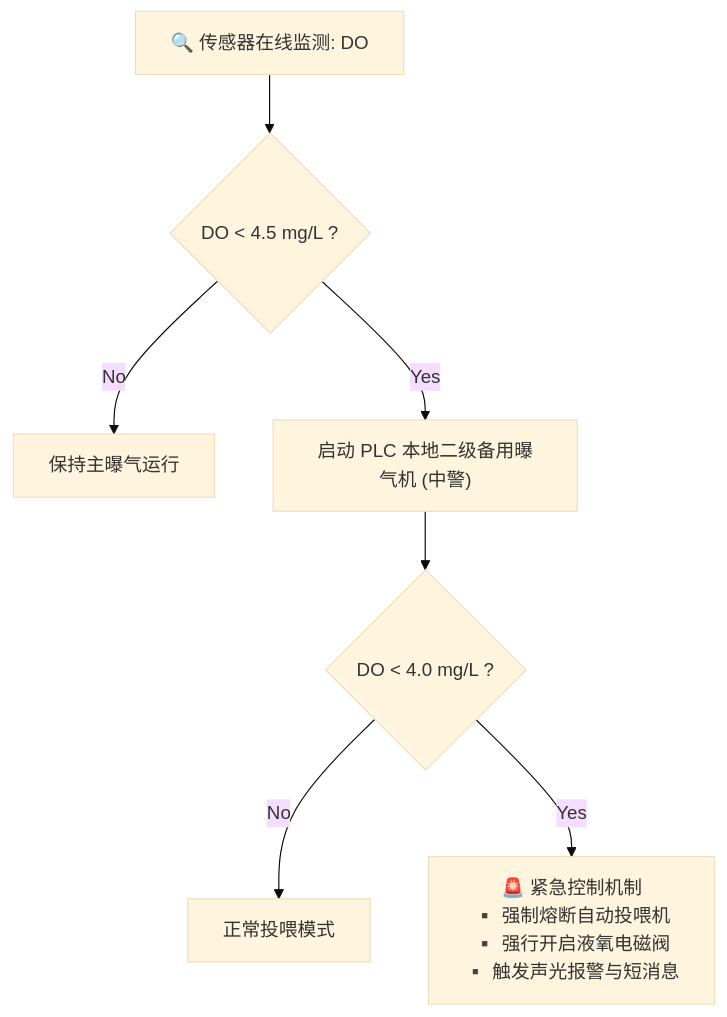
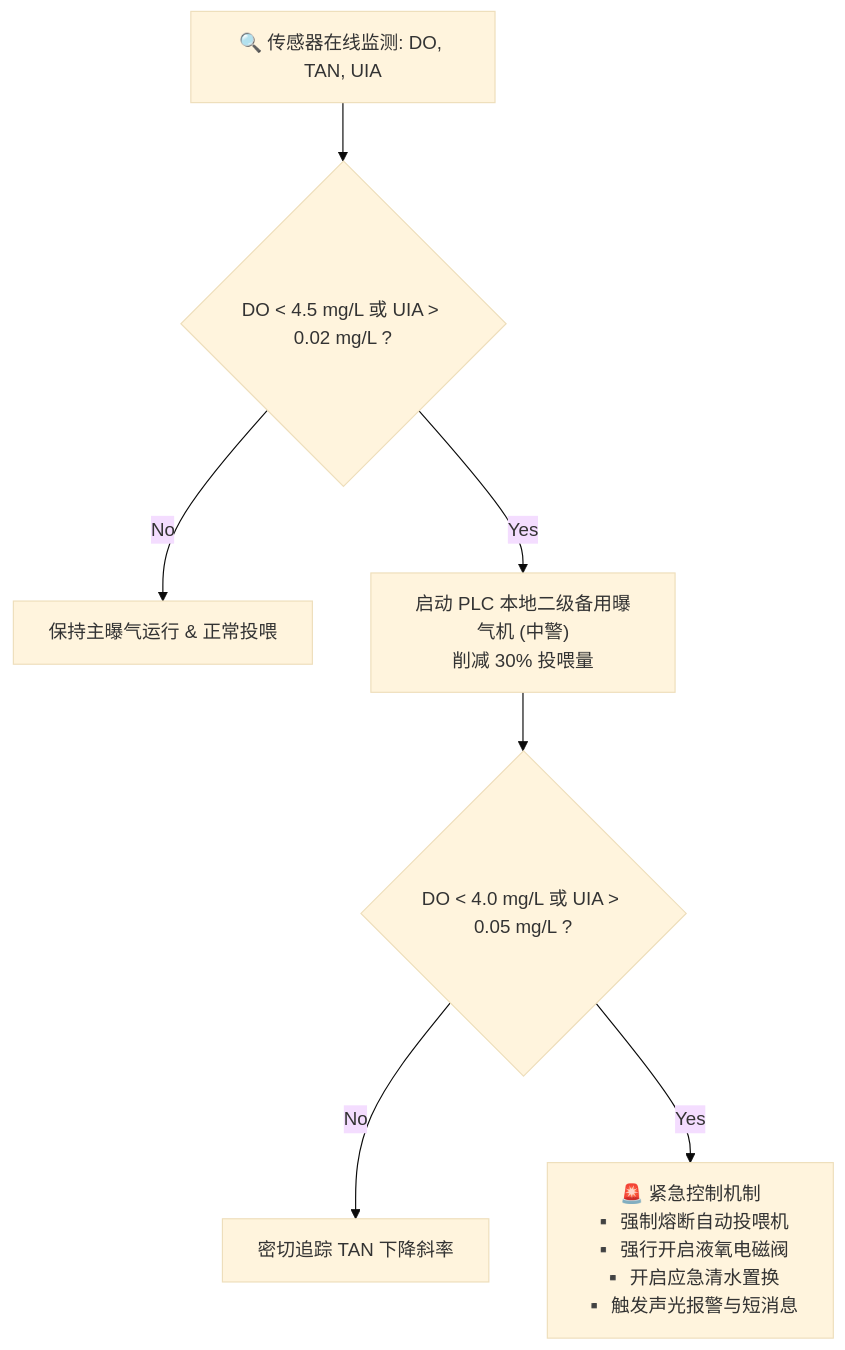
The diagram in docs/04_subsystems/01_水产养殖子系统.md (digitalboy/aquaponics), drawn with Mermaid (base theme) before and after one commit. The commit also changed other lines of this file and 8 other files, not shown here.

````diff
--- a/docs/04_subsystems/01_水产养殖子系统.md
+++ b/docs/04_subsystems/01_水产养殖子系统.md
@@ -43,12 +73,12 @@
 ```mermaid
 flowchart TD
-    Start["🔍 传感器在线监测: DO"] --> Cond1{"DO < 4.5 mg/L ?"}
+    Start["🔍 传感器在线监测: DO, TAN, UIA"] --> Cond1{"DO < 4.5 mg/L 或 UIA > 0.02 mg/L ?"}
     
-    Cond1 -- No --> Normal["保持主曝气运行"]
-    Cond1 -- Yes --> Warn1["启动 PLC 本地二级备用曝气机 (中警)"]
+    Cond1 -- No --> Normal["保持主曝气运行 & 正常投喂"]
+    Cond1 -- Yes --> Warn1["启动 PLC 本地二级备用曝气机 (中警)<br>削减 30% 投喂量"]
     
-    Warn1 --> Cond2{"DO < 4.0 mg/L ?"}
+    Warn1 --> Cond2{"DO < 4.0 mg/L 或 UIA > 0.05 mg/L ?"}
     
-    Cond2 -- No --> NormalFeed["正常投喂模式"]
-    Cond2 -- Yes --> ActionEmergency["🚨 紧急控制机制<br>▪️ 强制熔断自动投喂机<br>▪️ 强行开启液氧电磁阀<br>▪️ 触发声光报警与短消息"]
+    Cond2 -- No --> Track["密切追踪 TAN 下降斜率"]
+    Cond2 -- Yes --> ActionEmergency["🚨 紧急控制机制<br>▪️ 强制熔断自动投喂机<br>▪️ 强行开启液氧电磁阀<br>▪️ 开启应急清水置换<br>▪️ 触发声光报警与短消息"]
 ```
````
